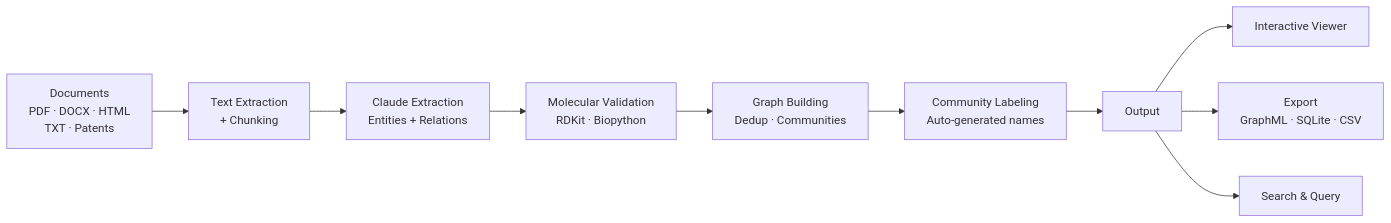
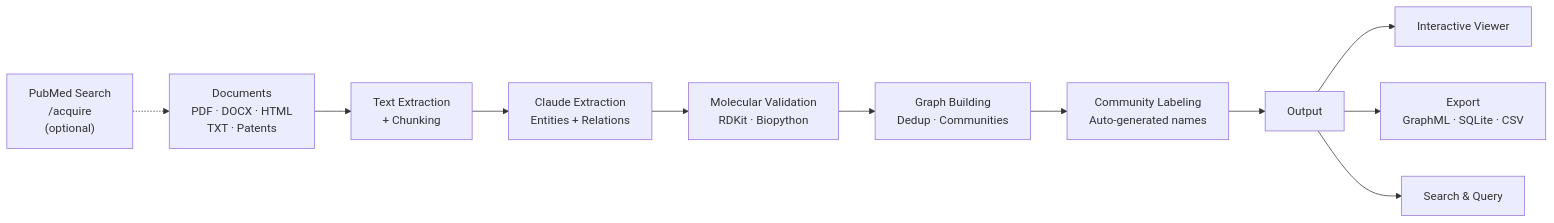
The second of 3 diagrams in README.md (usathyan/epistract), drawn with Mermaid before and after one commit. The commit also changed other lines of this file and 3 other files, not shown here.

First line of the commit message:
feat: add PubMed acquisition pipeline (/epistract-acquire)

````diff
--- a/README.md
+++ b/README.md
@@ -319,12 +337,13 @@
 ```mermaid
 flowchart LR
+    PUB["PubMed Search<br/>/acquire<br/>(optional)"] -.-> DOCS
     DOCS["Documents<br/>PDF · DOCX · HTML<br/>TXT · Patents"] --> ING["Text Extraction<br/>+ Chunking"]
     ING --> EXT["Claude Extraction<br/>Entities + Relations"]
     EXT --> VAL["Molecular Validation<br/>RDKit · Biopython"]
     VAL --> BLD["Graph Building<br/>Dedup · Communities"]
     BLD --> LBL["Community Labeling<br/>Auto-generated names"]
     LBL --> OUT["Output"]
     OUT --> VIZ["Interactive Viewer"]
     OUT --> EXPF["Export<br/>GraphML · SQLite · CSV"]
     OUT --> QRY["Search & Query"]
 ```
````
